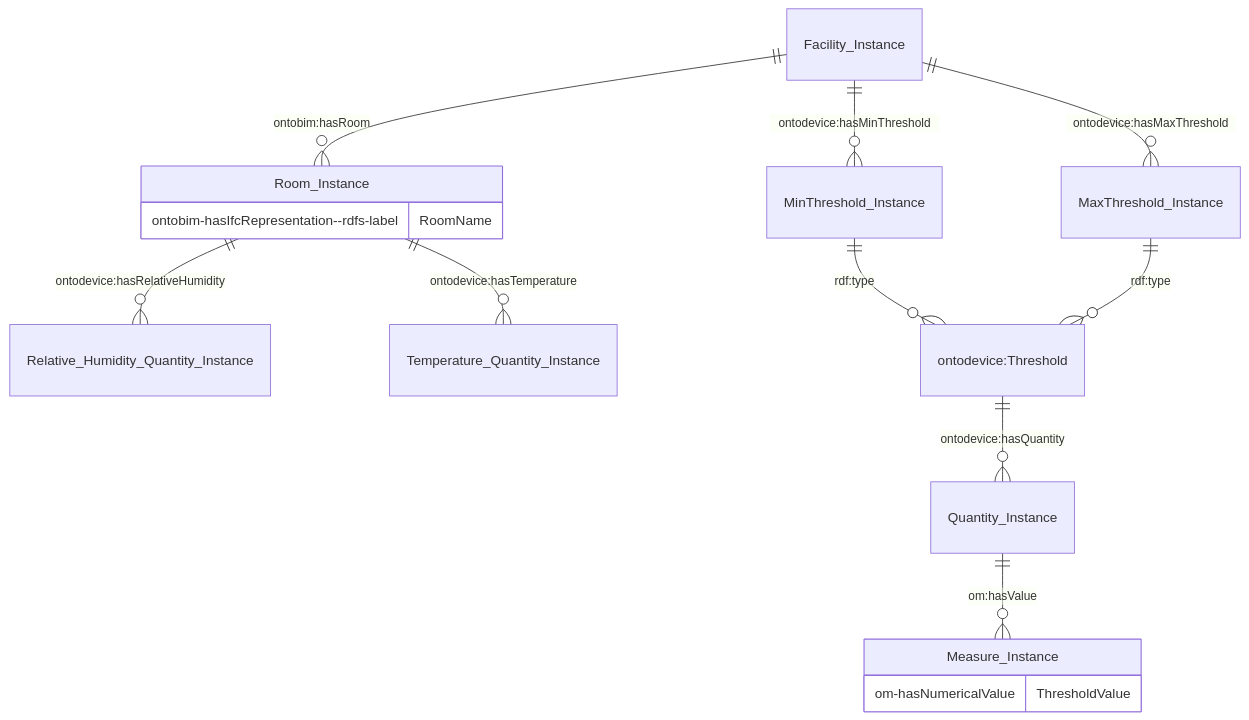
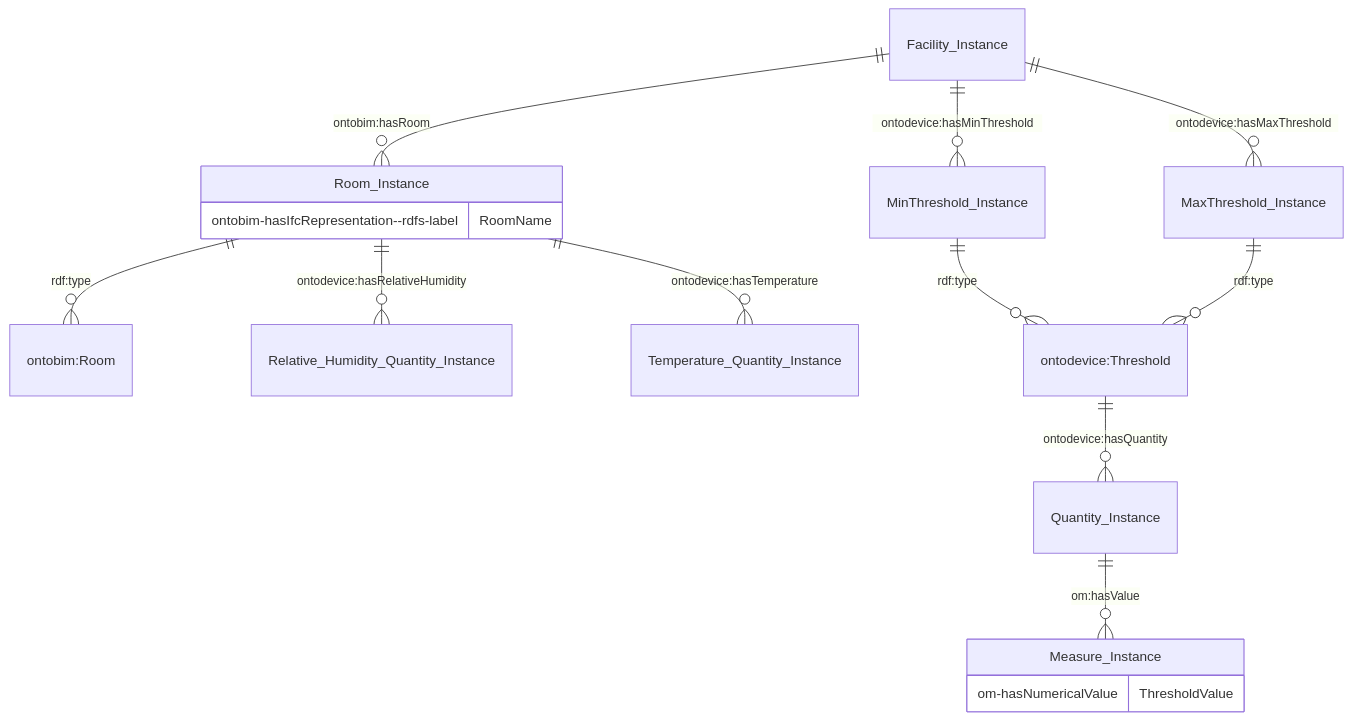
The fifth of 6 diagrams in Agents/DashboardAgent/README.md (cambridge-cares/TheWorldAvatar), drawn with Mermaid before and after one commit. The commit also changed other lines of this file and 3 other files, not shown here.

Commit message:
dev-dashboard-agent: Refactor stringbuilder append to string concatenation for readability in sparql queries. Updated base facility query so that the hasRoom relationship is not mandatory for systems only

````diff
--- a/Agents/DashboardAgent/README.md
+++ b/Agents/DashboardAgent/README.md
@@ -193,14 +195,15 @@
 ```mermaid
     erDiagram 
+    "Room_Instance" ||--o{ "ontobim:Room" : "rdf:type"
     "Room_Instance" {ontobim-hasIfcRepresentation--rdfs-label RoomName}
     "Room_Instance" ||--o{ "Relative_Humidity_Quantity_Instance" : "ontodevice:hasRelativeHumidity"
     "Room_Instance" ||--o{ "Temperature_Quantity_Instance" : "ontodevice:hasTemperature"
-    "Facility_Instance" ||--o{ "Room_Instance" : "ontobim:hasRoom"    
+    "Facility_Instance" ||--o{ "Room_Instance" : "ontobim:hasRoom"
     "Facility_Instance" ||--o{ "MinThreshold_Instance" : "ontodevice:hasMinThreshold"
     "Facility_Instance" ||--o{ "MaxThreshold_Instance" : "ontodevice:hasMaxThreshold"
     "MinThreshold_Instance" ||--o{ "ontodevice:Threshold" : "rdf:type"
     "MaxThreshold_Instance" ||--o{ "ontodevice:Threshold" : "rdf:type"
     "ontodevice:Threshold" ||--o{ "Quantity_Instance" : "ontodevice:hasQuantity"
     "Quantity_Instance" ||--o{ "Measure_Instance" : "om:hasValue"
     "Measure_Instance" {om-hasNumericalValue ThresholdValue}
 ```
````
